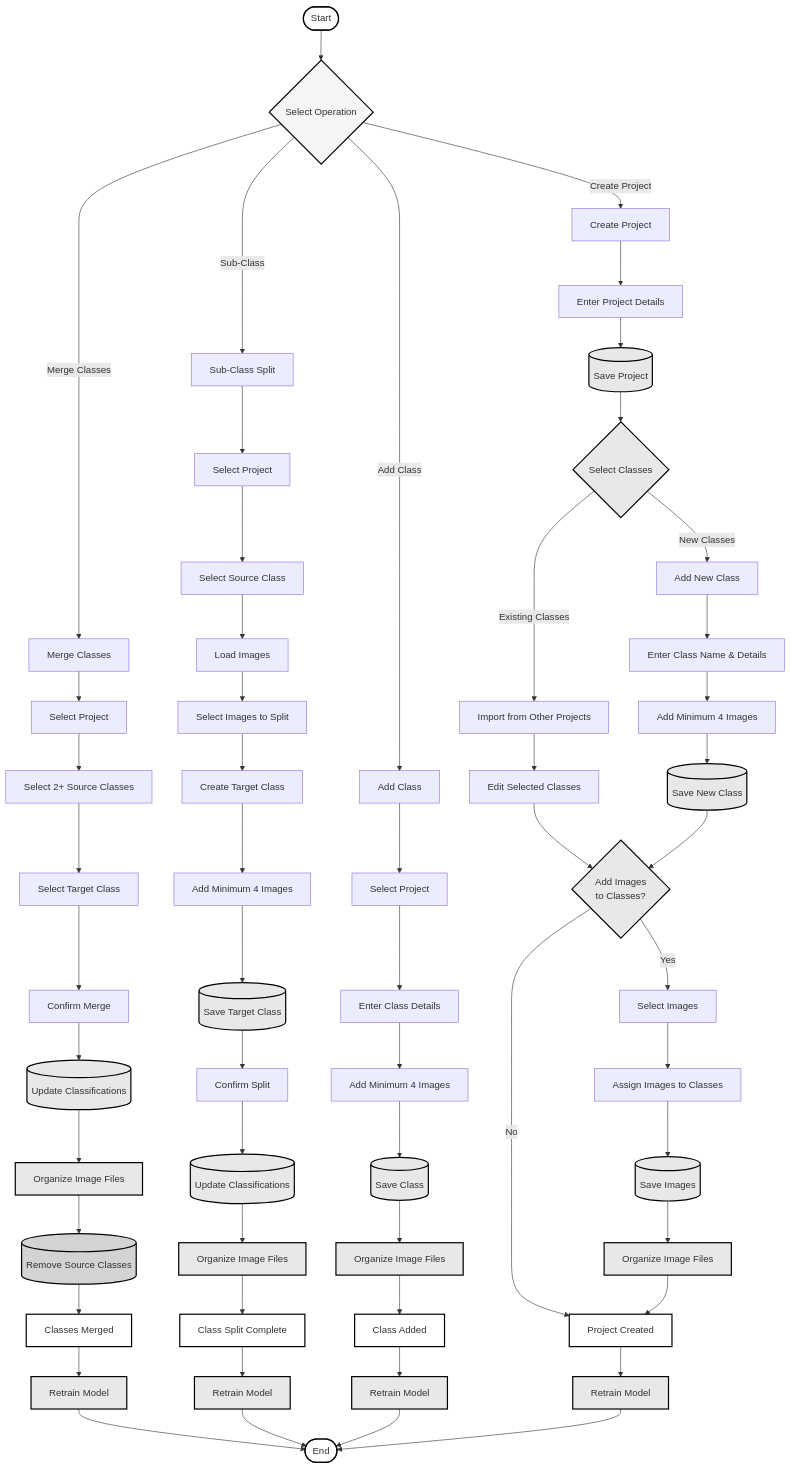
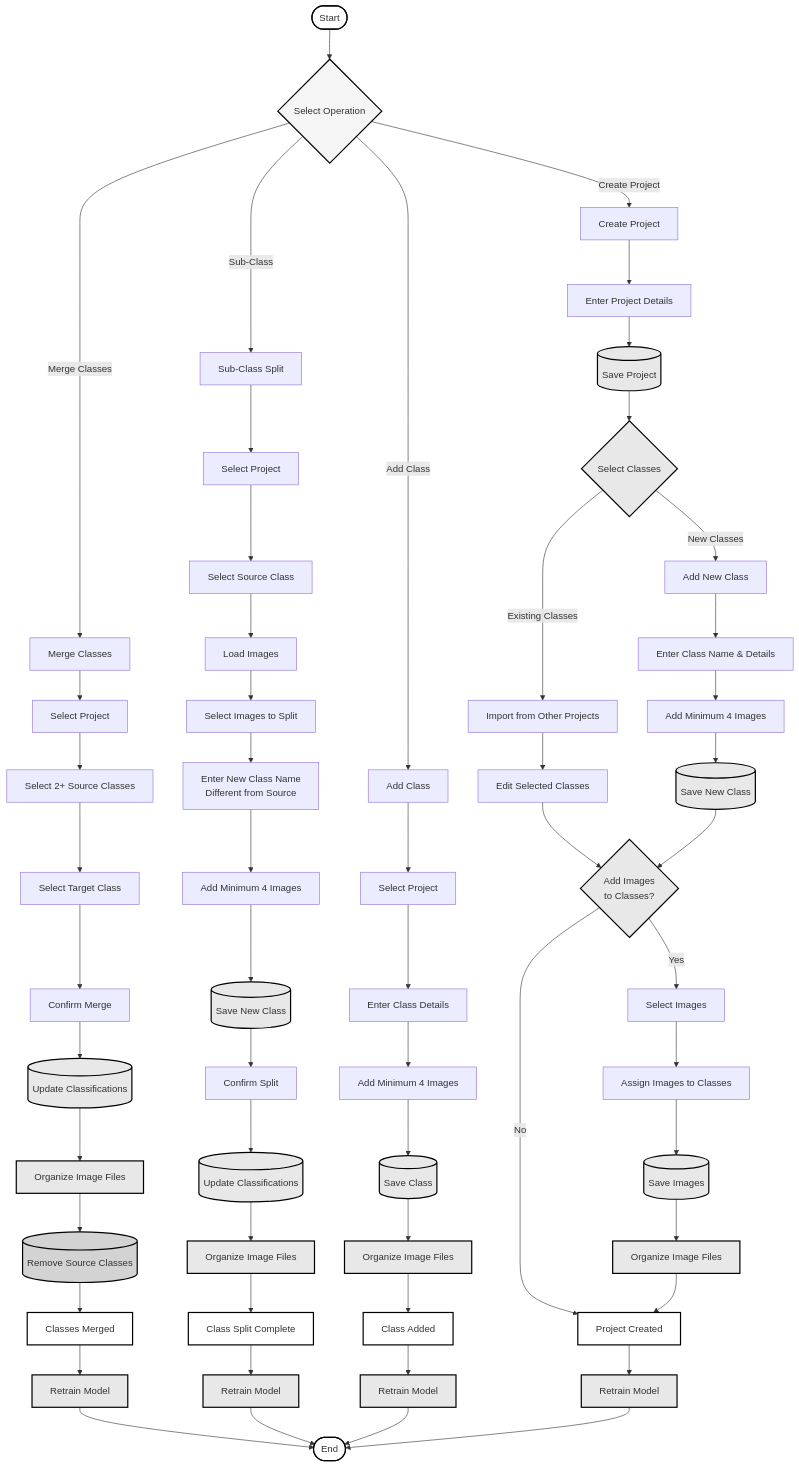
Before and after one commit to sedama29/epredict_app_image_generation: the diagram in flowchart2.md, drawn with Mermaid. The commit also changed other lines of this file, not shown here.

First line of the commit message:
Revise sub-class creation steps in flowchart

```diff
--- a/flowchart2.md
+++ b/flowchart2.md
@@ -53,9 +53,9 @@
     SelectProject2 --> SelectSourceClass[Select Source Class]
     SelectSourceClass --> LoadImages[Load Images]
     LoadImages --> SelectImagesSplit[Select Images to Split]
-    SelectImagesSplit --> CreateTargetClass[Create Target Class]
-    CreateTargetClass --> AddMinImagesSplit[Add Minimum 4 Images]
-    AddMinImagesSplit --> SaveTargetClass[(Save Target Class)]
+    SelectImagesSplit --> EnterNewClassName[Enter New Class Name<br/>Different from Source]
+    EnterNewClassName --> AddMinImagesSplit[Add Minimum 4 Images]
+    AddMinImagesSplit --> SaveTargetClass[(Save New Class)]
     SaveTargetClass --> ConfirmSplit[Confirm Split]
     ConfirmSplit --> UpdateSplit[(Update Classifications)]
     UpdateSplit --> OrganizeFilesSplit[Organize Image Files]
```
